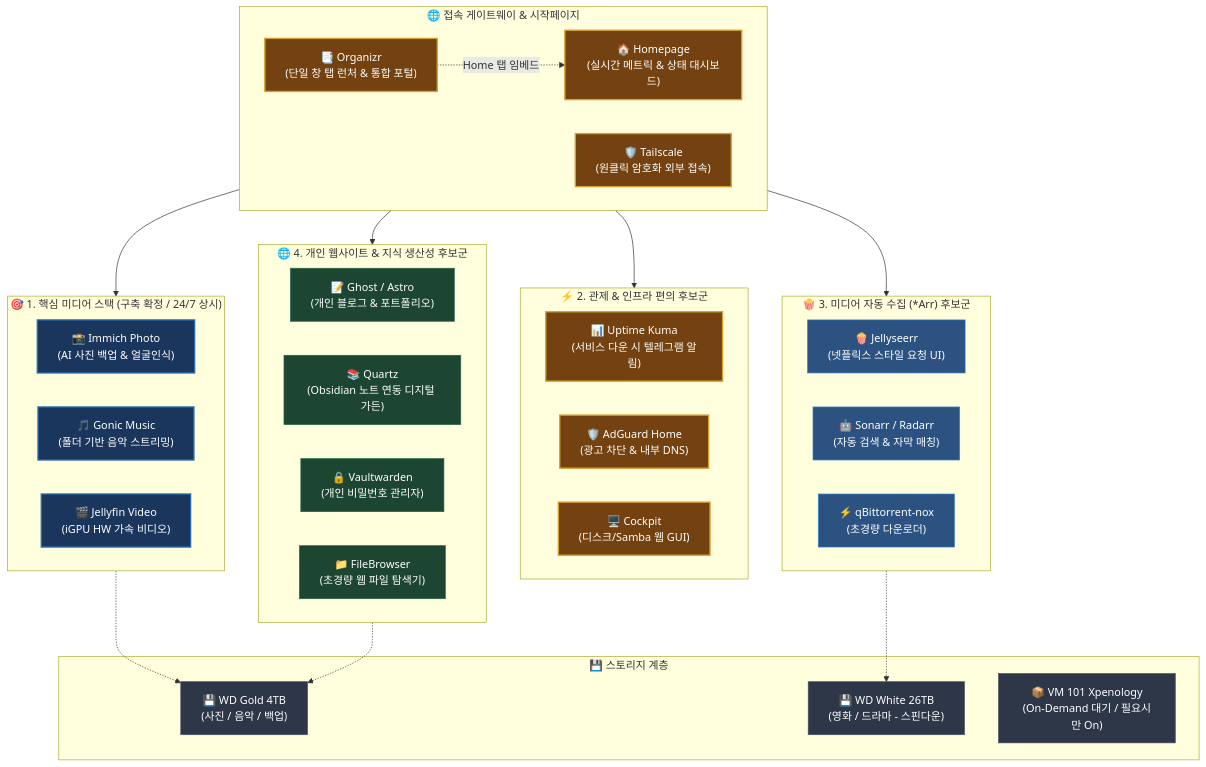
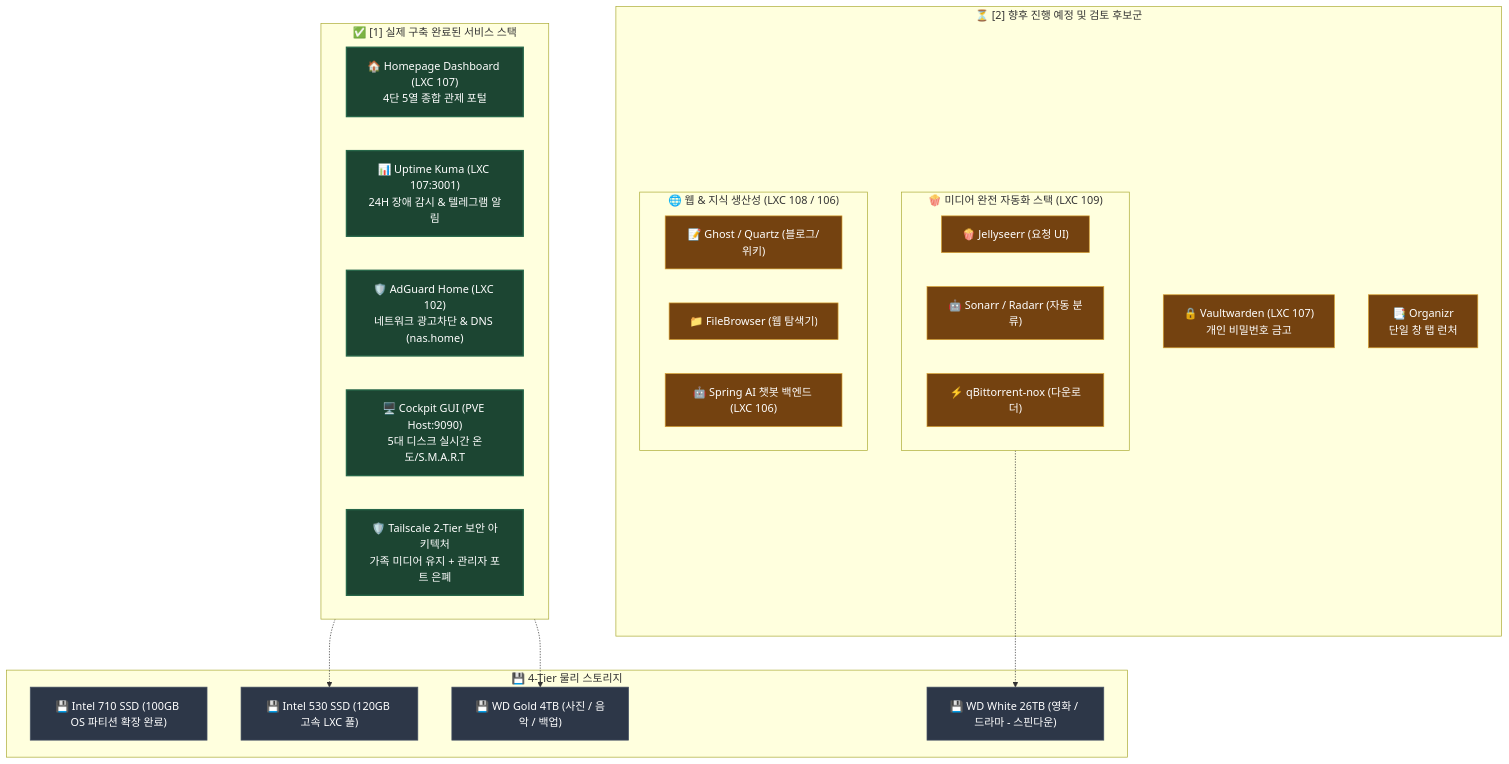
Before and after one commit to waceh/nas: the diagram in self-nas/docs/98_candidate_services_and_architecture_review.md, drawn with Mermaid. The commit also changed other lines of this file, not shown here.

````diff
--- a/self-nas/docs/98_candidate_services_and_architecture_review.md
+++ b/self-nas/docs/98_candidate_services_and_architecture_review.md
@@ -9,56 +30,41 @@
 ```mermaid
 flowchart TB
     %% Styles
-    classDef core fill:#1a365d,stroke:#2b6cb0,stroke-width:2px,color:#fff;
-    classDef dash fill:#744210,stroke:#d69e2e,stroke-width:2px,color:#fff;
-    classDef media fill:#2c5282,stroke:#3182ce,stroke-width:1px,color:#fff;
-    classDef web fill:#1c4532,stroke:#276749,stroke-width:1px,color:#fff;
+    classDef done fill:#1c4532,stroke:#276749,stroke-width:2px,color:#fff;
+    classDef todo fill:#744210,stroke:#d69e2e,stroke-width:1px,color:#fff;
     classDef storage fill:#2d3748,stroke:#4a5568,stroke-width:1px,color:#fff;
 
-    subgraph Entry["🌐 접속 게이트웨이 & 시작페이지"]
-        Organizr["📑 Organizr<br/>(단일 창 탭 런처 & 통합 포털)"]:::dash
-        Homepage["🏠 Homepage<br/>(실시간 메트릭 & 상태 대시보드)"]:::dash
-        Tailscale["🛡️ Tailscale<br/>(원클릭 암호화 외부 접속)"]:::dash
-        Organizr -.->|"Home 탭 임베드"| Homepage
+    subgraph DoneGroup["✅ [1] 실제 구축 완료된 서비스 스택"]
+        Homepage["🏠 Homepage Dashboard (LXC 107)<br/>4단 5열 종합 관제 포털"]:::done
+        Kuma["📊 Uptime Kuma (LXC 107:3001)<br/>24H 장애 감시 & 텔레그램 알림"]:::done
+        AdGuard["🛡️ AdGuard Home (LXC 102)<br/>네트워크 광고차단 & DNS (nas.home)"]:::done
+        Cockpit["🖥️ Cockpit GUI (PVE Host:9090)<br/>5대 디스크 실시간 온도/S.M.A.R.T"]:::done
+        TailArch["🛡️ Tailscale 2-Tier 보안 아키텍처<br/>가족 미디어 유지 + 관리자 포트 은폐"]:::done
     end
 
-    subgraph Core["🎯 1. 핵심 미디어 스택 (구축 확정 / 24/7 상시)"]
-        Immich["📸 Immich Photo<br/>(AI 사진 백업 & 얼굴인식)"]:::core
-        Gonic["🎵 Gonic Music<br/>(폴더 기반 음악 스트리밍)"]:::core
-        Jellyfin["🎬 Jellyfin Video<br/>(iGPU HW 가속 비디오)"]:::core
+    subgraph TodoGroup["⏳ [2] 향후 진행 예정 및 검토 후보군"]
+        Vault["🔒 Vaultwarden (LXC 107)<br/>개인 비밀번호 금고"]:::todo
+        Organizr["📑 Organizr<br/>단일 창 탭 런처"]:::todo
+        subgraph ArrGroup["🍿 미디어 완전 자동화 스택 (LXC 109)"]
+            Jellyseerr["🍿 Jellyseerr (요청 UI)"]:::todo
+            ArrStack["🤖 Sonarr / Radarr (자동 분류)"]:::todo
+            Qbit["⚡ qBittorrent-nox (다운로더)"]:::todo
+        end
+        subgraph WebGroup["🌐 웹 & 지식 생산성 (LXC 108 / 106)"]
+            Blog["📝 Ghost / Quartz (블로그/위키)"]:::todo
+            FileBrowser["📁 FileBrowser (웹 탐색기)"]:::todo
+            SpringAI["🤖 Spring AI 챗봇 백엔드 (LXC 106)"]:::todo
+        end
     end
 
-    subgraph Infra["⚡ 2. 관제 & 인프라 편의 후보군"]
-        Kuma["📊 Uptime Kuma<br/>(서비스 다운 시 텔레그램 알림)"]:::dash
-        AdGuard["🛡️ AdGuard Home<br/>(광고 차단 & 내부 DNS)"]:::dash
-        Cockpit["🖥️ Cockpit<br/>(디스크/Samba 웹 GUI)"]:::dash
+    subgraph Disks["💾 4-Tier 물리 스토리지"]
+        SSD710["💾 Intel 710 SSD (100GB OS 파티션 확장 완료)"]:::storage
+        SSD530["💾 Intel 530 SSD (120GB 고속 LXC 풀)"]:::storage
+        Gold["💾 WD Gold 4TB (사진 / 음악 / 백업)"]:::storage
+        White["💾 WD White 26TB (영화 / 드라마 - 스핀다운)"]:::storage
     end
 
-    subgraph Automation["🍿 3. 미디어 자동 수집 (*Arr) 후보군"]
-        Jellyseerr["🍿 Jellyseerr<br/>(넷플릭스 스타일 요청 UI)"]:::media
-        ArrStack["🤖 Sonarr / Radarr<br/>(자동 검색 & 자막 매칭)"]:::media
-        Qbit["⚡ qBittorrent-nox<br/>(초경량 다운로더)"]:::media
-    end
-
-    subgraph Personal["🌐 4. 개인 웹사이트 & 지식 생산성 후보군"]
-        Blog["📝 Ghost / Astro<br/>(개인 블로그 & 포트폴리오)"]:::web
-        Quartz["📚 Quartz<br/>(Obsidian 노트 연동 디지털 가든)"]:::web
-        Vaultwarden["🔒 Vaultwarden<br/>(개인 비밀번호 관리자)"]:::web
-        FileBrowser["📁 FileBrowser<br/>(초경량 웹 파일 탐색기)"]:::web
-    end
-
-    subgraph Disks["💾 스토리지 계층"]
-        Gold["💾 WD Gold 4TB<br/>(사진 / 음악 / 백업)"]:::storage
-        White["💾 WD White 26TB<br/>(영화 / 드라마 - 스핀다운)"]:::storage
-        VM101["📦 VM 101 Xpenology<br/>(On-Demand 대기 / 필요시만 On)"]:::storage
-    end
-
-    Entry --> Core
-    Entry --> Infra
-    Entry --> Automation
-    Entry --> Personal
-
-    Core -.-> Gold
-    Automation -.-> White
-    Personal -.-> Gold
+    DoneGroup -.-> SSD530
+    DoneGroup -.-> Gold
+    ArrGroup -.-> White
 ```
````
